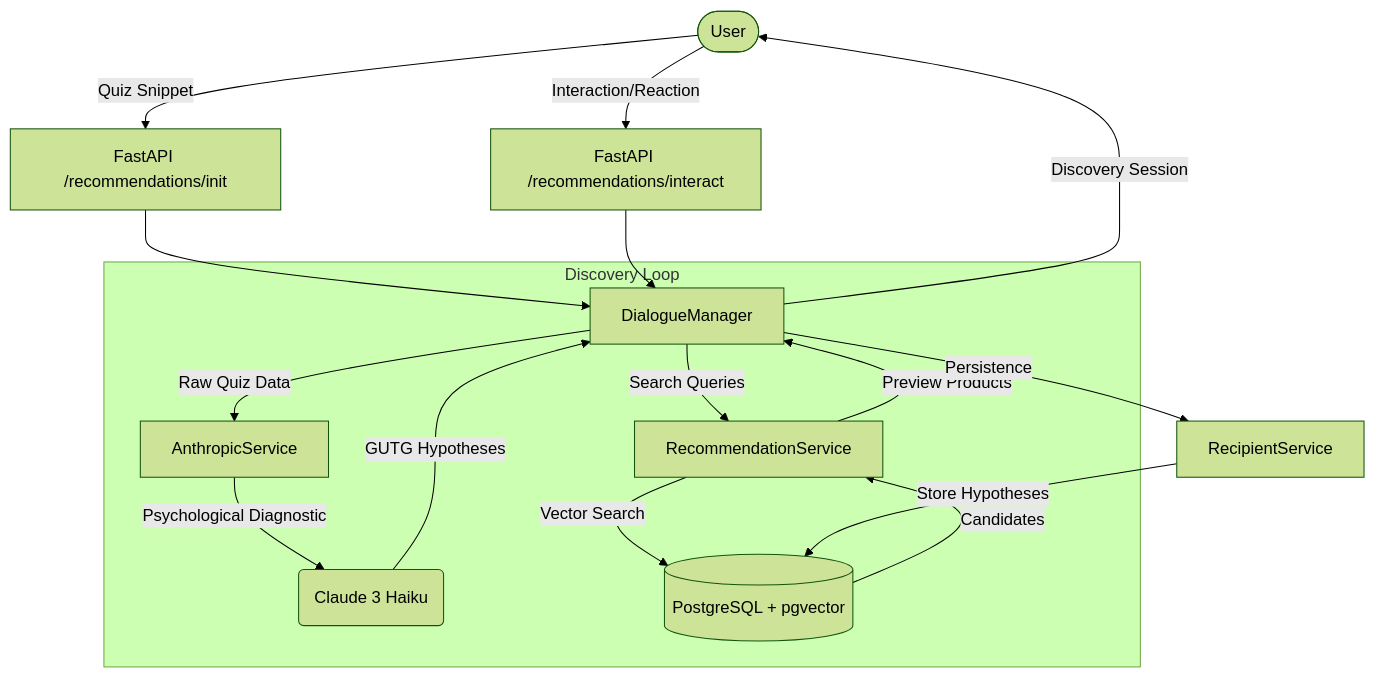
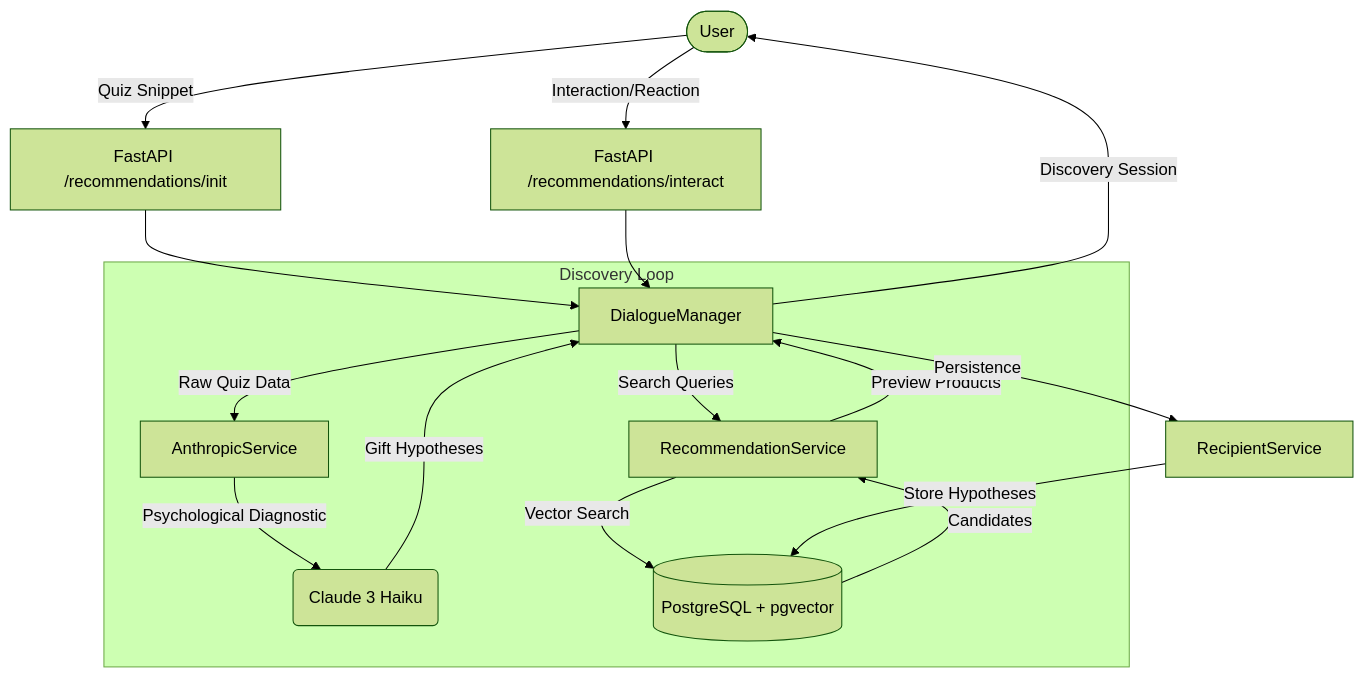
One commit to IceDarold/gifty-backend changed the diagram in docs/architecture/discovery_engine_v2.md. Above: the diagram before and after it, drawn with Mermaid (forest theme). The commit also changed other lines of this file and 8 other files, not shown here.

````diff
--- a/docs/architecture/discovery_engine_v2.md
+++ b/docs/architecture/discovery_engine_v2.md
@@ -9,23 +9,23 @@
 ```mermaid
 graph TD
     User([User]) -->|Quiz Snippet| API[FastAPI /recommendations/init]
     API --> DM[DialogueManager]
     
     subgraph Discovery Loop
     DM -->|Raw Quiz Data| AS[AnthropicService]
     AS -->|Psychological Diagnostic| Claude(Claude 3 Haiku)
-    Claude -->|GUTG Hypotheses| DM
+    Claude -->|Gift Hypotheses| DM
     
     DM -->|Search Queries| RS[RecommendationService]
     RS -->|Vector Search| DB[(PostgreSQL + pgvector)]
     DB -->|Candidates| RS
     RS -->|Preview Products| DM
     end
     
     DM -->|Discovery Session| User
     
     User -->|Interaction/Reaction| InteractAPI[FastAPI /recommendations/interact]
     InteractAPI --> DM
     DM -->|Persistence| RecS[RecipientService]
     RecS -->|Store Hypotheses| DB
 ```
````
